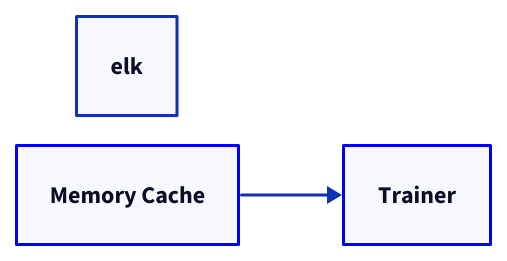
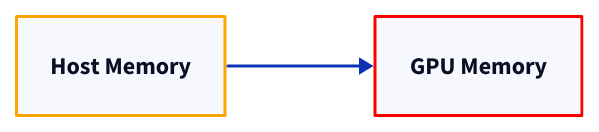
One commit to 111qqz/111qqz.github.io changed the diagram in images/dataloader-to-remote-dataloader/hot-path.d2. Above: the diagram before and after it, drawn with D2. The commit also changed 4262 other files, not shown here.

Commit message:
fix: 修复 D2 配图显示尺寸过大问题并优化文章图表布局 111qqz/hugo-blog@676d4325cba7819ac391c37e539dd3b8ec0dd11f

```diff
--- a/images/dataloader-to-remote-dataloader/hot-path.d2
+++ b/images/dataloader-to-remote-dataloader/hot-path.d2
@@ -1,10 +1,6 @@
-layout-engine: elk
 direction: right
 
-Memory Cache: { style.stroke: blue }
-Trainer: {
-  style.stroke: blue
-  style.bold: true
-}
+Host Memory: { style.stroke: orange }
+GPU Memory: { style.stroke: red }
 
-Memory Cache -> Trainer
+Host Memory -> GPU Memory
```
